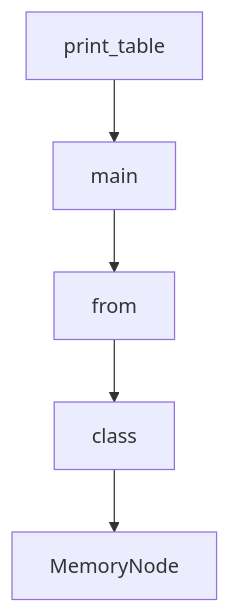
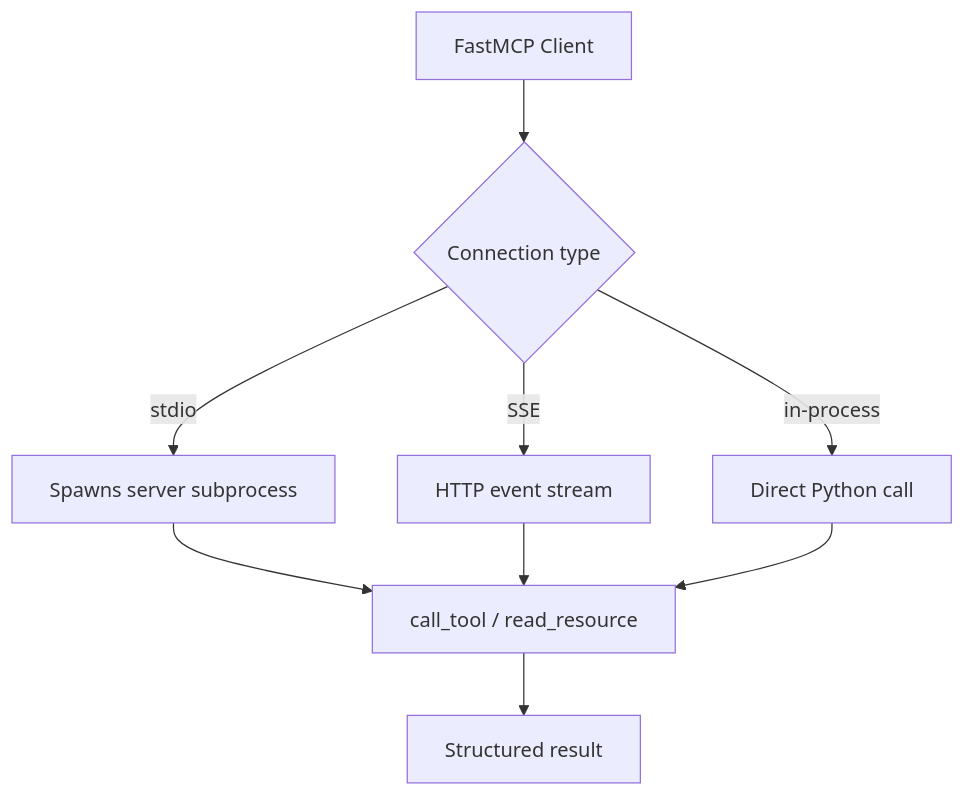
Before and after one commit to johnxie/awesome-code-docs: the diagram in tutorials/fastmcp-tutorial/04-client-architecture-and-transport-patterns.md, drawn with Mermaid. The commit also changed other lines of this file and 1232 other files, not shown here.

````diff
--- a/tutorials/fastmcp-tutorial/04-client-architecture-and-transport-patterns.md
+++ b/tutorials/fastmcp-tutorial/04-client-architecture-and-transport-patterns.md
@@ -213,12 +45,11 @@
 ```mermaid
 flowchart TD
-    A[print_table]
-    B[main]
-    C[from]
-    D[class]
-    E[MemoryNode]
-    A --> B
-    B --> C
-    C --> D
-    D --> E
+    A[FastMCP Client] --> B{Connection type}
+    B -->|stdio| C[Spawns server subprocess]
+    B -->|SSE| D[HTTP event stream]
+    B -->|in-process| E[Direct Python call]
+    C --> F[call_tool / read_resource]
+    D --> F
+    E --> F
+    F --> G[Structured result]
 ```
````
